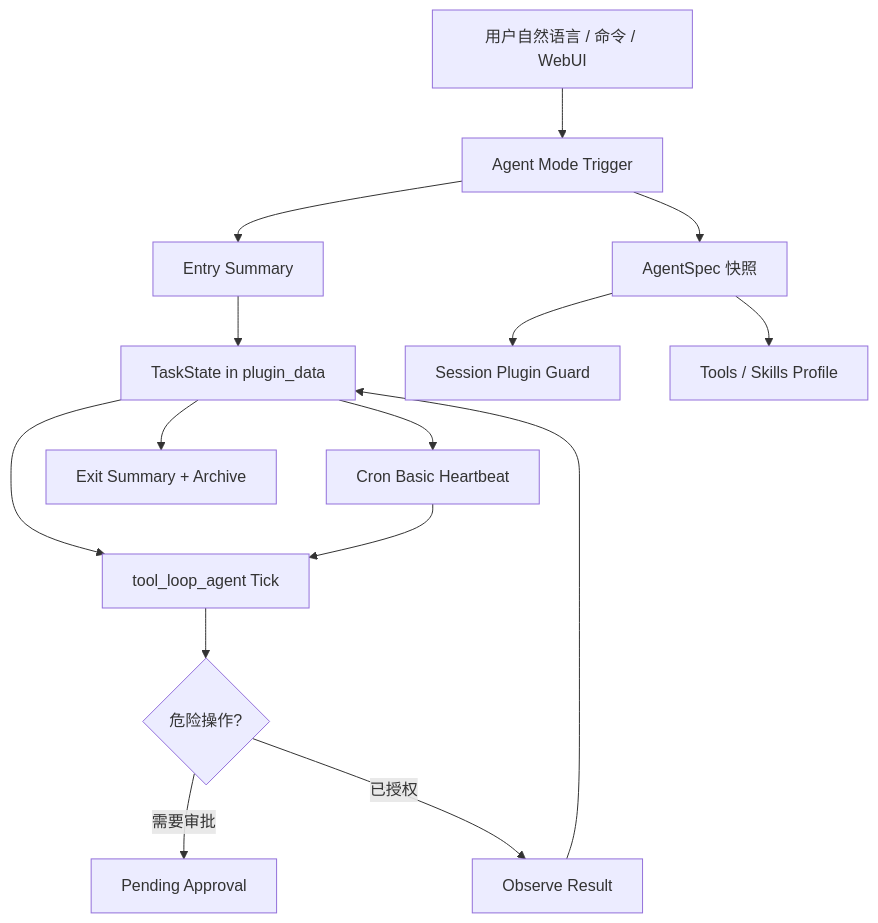
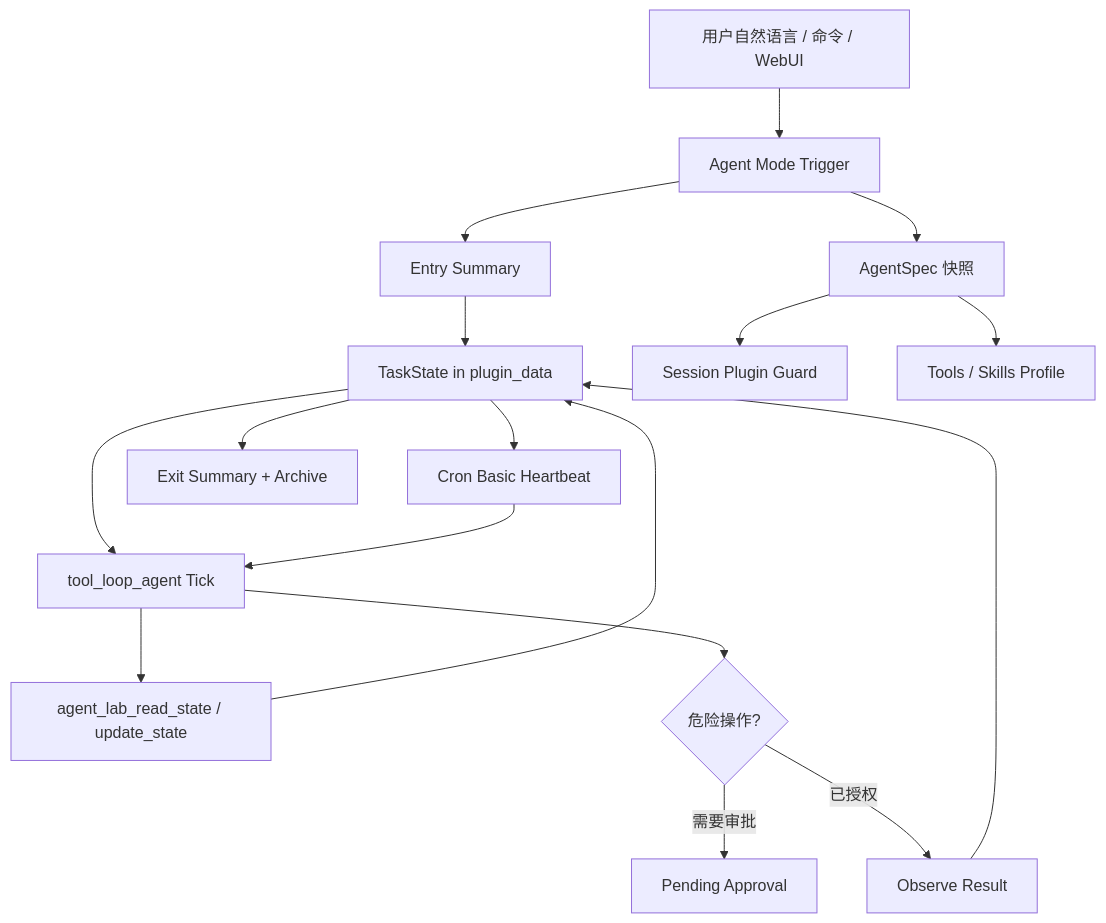
One commit to zzz27578/astrbot_plugin_agent_lab changed the diagram in docs/ARCHITECTURE.md. Above: the diagram before and after it, drawn with Mermaid. The commit also changed other lines of this file and 17 other files, not shown here.

````diff
--- a/docs/ARCHITECTURE.md
+++ b/docs/ARCHITECTURE.md
@@ -5,17 +5,19 @@
 ```mermaid
 flowchart TD
     User["用户自然语言 / 命令 / WebUI"] --> Trigger["Agent Mode Trigger"]
     Trigger --> Spec["AgentSpec 快照"]
     Trigger --> Entry["Entry Summary"]
     Entry --> State["TaskState in plugin_data"]
     Spec --> Guard["Session Plugin Guard"]
     Spec --> Tools["Tools / Skills Profile"]
     State --> Runner["tool_loop_agent Tick"]
+    Runner --> StateTools["agent_lab_read_state / update_state"]
+    StateTools --> State
     Runner --> Approval{"危险操作?"}
     Approval -->|需要审批| Pending["Pending Approval"]
     Approval -->|已授权| Observe["Observe Result"]
     Observe --> State
     State --> Heartbeat["Cron Basic Heartbeat"]
     Heartbeat --> Runner
     State --> Finish["Exit Summary + Archive"]
 ```
````
